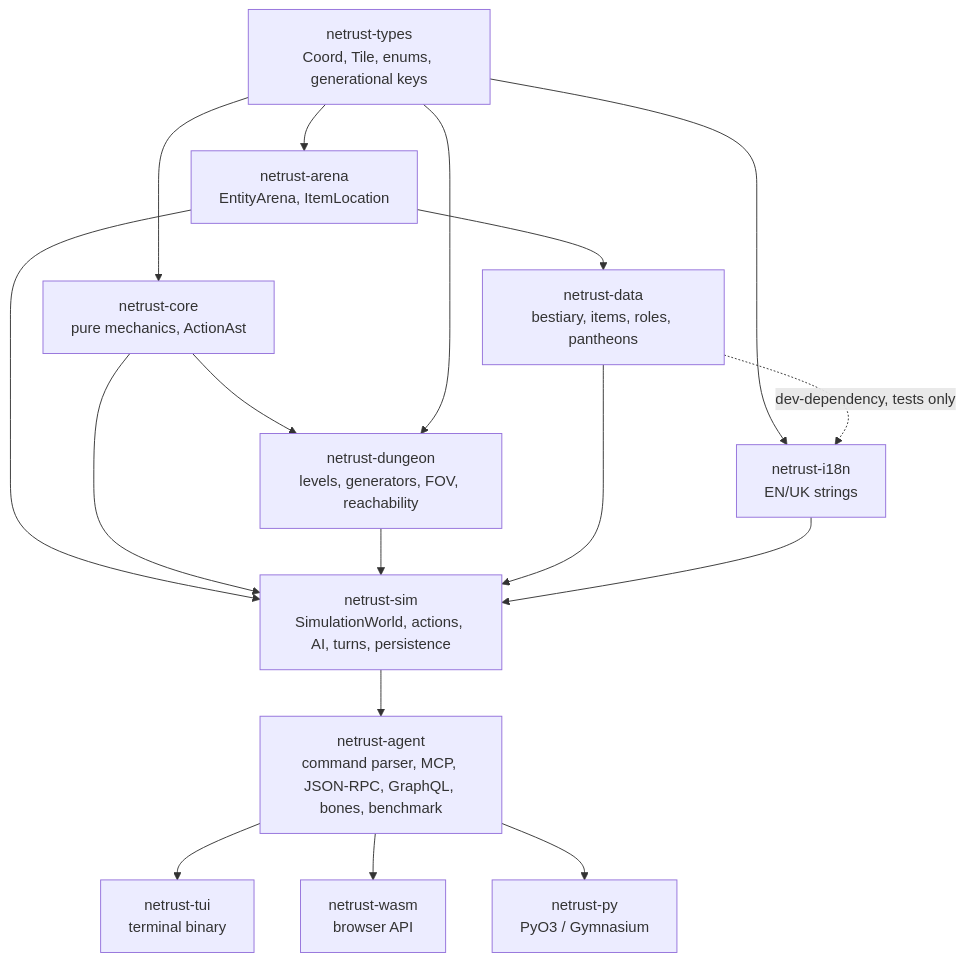
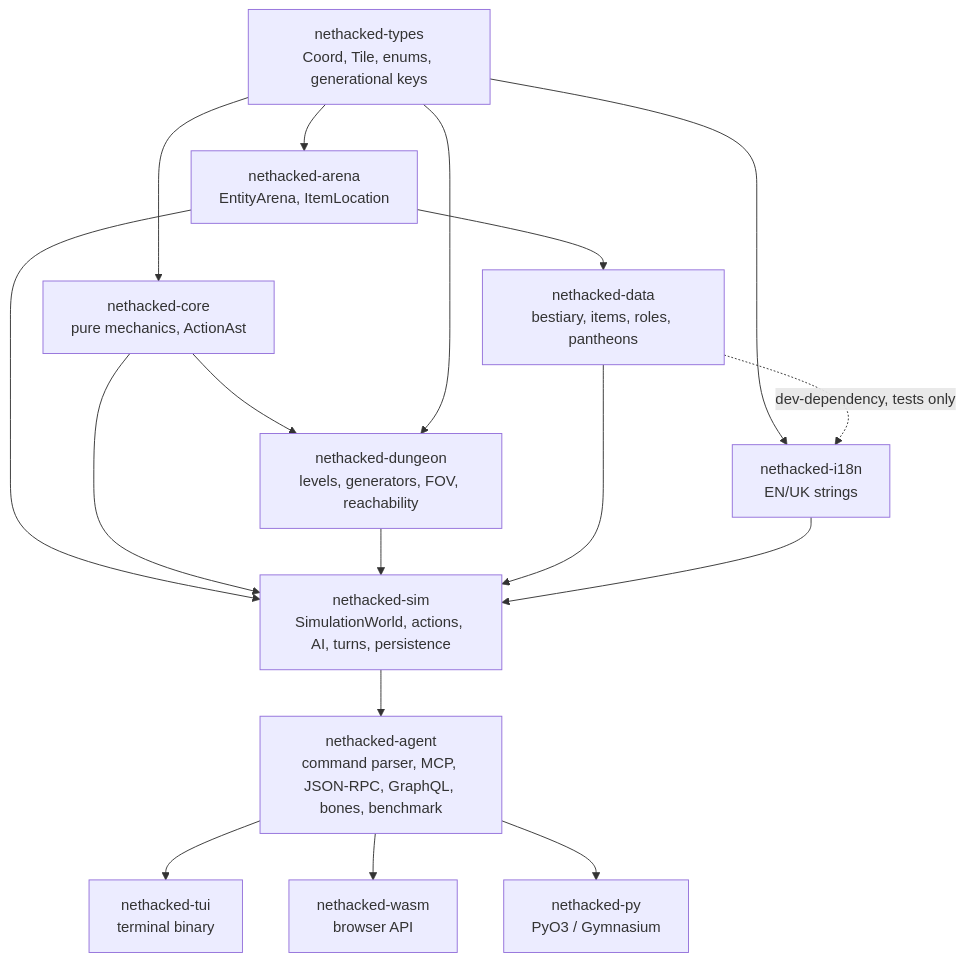
The first of 2 diagrams in docs/architecture.md (dmytro-yemelianov/NetHackED), drawn with Mermaid before and after one commit. The commit also changed other lines of this file and 369 other files, not shown here.

````diff
--- a/docs/architecture.md
+++ b/docs/architecture.md
@@ -45,31 +45,31 @@
 ```mermaid
 graph TD
-    types[netrust-types<br/>Coord, Tile, enums, generational keys]
-    arena[netrust-arena<br/>EntityArena, ItemLocation]
-    core[netrust-core<br/>pure mechanics, ActionAst]
-    dungeon[netrust-dungeon<br/>levels, generators, FOV, reachability]
-    data[netrust-data<br/>bestiary, items, roles, pantheons]
-    i18n[netrust-i18n<br/>EN/UK strings]
-    sim[netrust-sim<br/>SimulationWorld, actions, AI, turns, persistence]
-    agent[netrust-agent<br/>command parser, MCP, JSON-RPC, GraphQL, bones, benchmark]
-    tui[netrust-tui<br/>terminal binary]
-    wasm[netrust-wasm<br/>browser API]
-    py[netrust-py<br/>PyO3 / Gymnasium]
+    types[nethacked-types<br/>Coord, Tile, enums, generational keys]
+    arena[nethacked-arena<br/>EntityArena, ItemLocation]
+    core[nethacked-core<br/>pure mechanics, ActionAst]
+    dungeon[nethacked-dungeon<br/>levels, generators, FOV, reachability]
+    data[nethacked-data<br/>bestiary, items, roles, pantheons]
+    i18n[nethacked-i18n<br/>EN/UK strings]
+    sim[nethacked-sim<br/>SimulationWorld, actions, AI, turns, persistence]
+    agent[nethacked-agent<br/>command parser, MCP, JSON-RPC, GraphQL, bones, benchmark]
+    tui[nethacked-tui<br/>terminal binary]
+    wasm[nethacked-wasm<br/>browser API]
+    py[nethacked-py<br/>PyO3 / Gymnasium]
 
     types --> arena
     types --> core
     core --> dungeon
     types --> dungeon
     arena --> data
     types --> i18n
     data -.->|dev-dependency, tests only| i18n
     arena --> sim
     core --> sim
     dungeon --> sim
     data --> sim
     i18n --> sim
     sim --> agent
     agent --> tui
     agent --> wasm
     agent --> py
 ```
````
